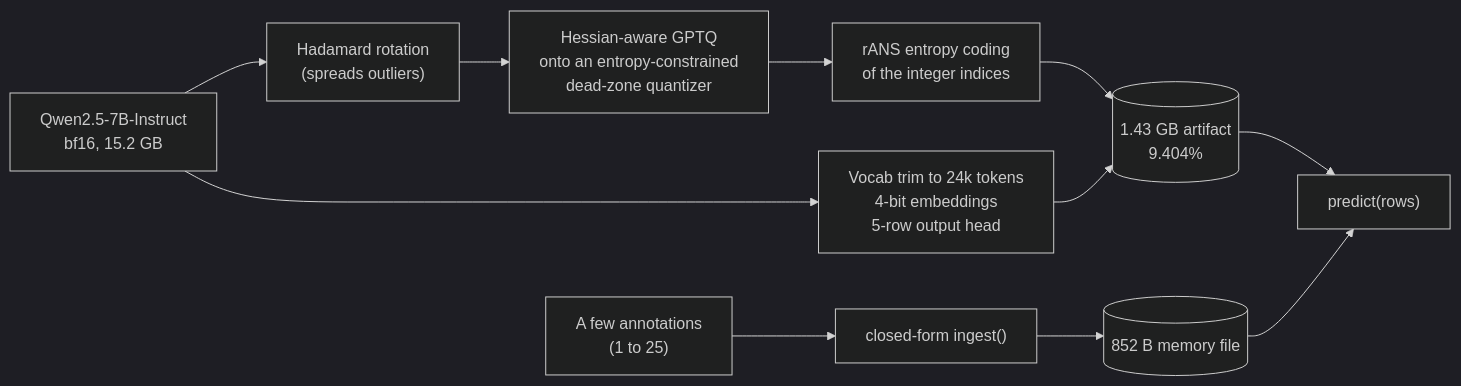
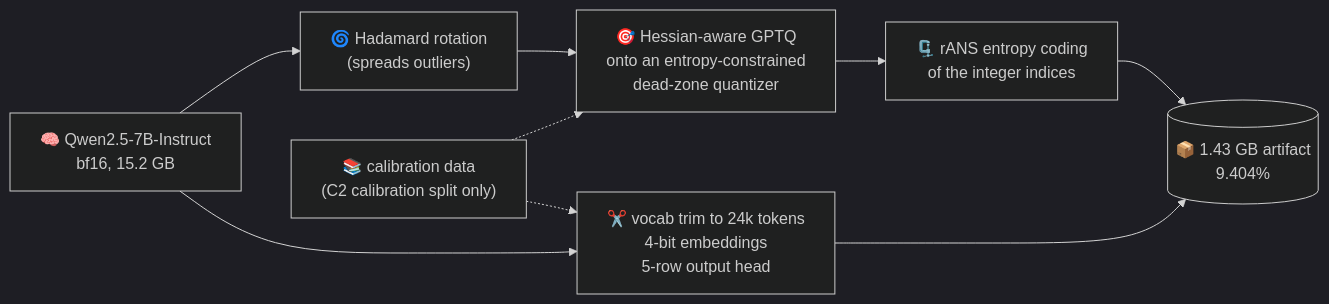
One commit to Bobliuuu/ten-percent-challenge changed the first of 5 diagrams in README.md. Above: the diagram before and after it, drawn with Mermaid (dark theme). The commit also changed other lines of this file and 8 other files, not shown here.

Commit message:
docs: README with architecture diagrams and charts; drop non-violation concerns from proof

````diff
--- a/README.md
+++ b/README.md
@@ -36,12 +47,11 @@
 ```mermaid
 flowchart LR
-    A["Qwen2.5-7B-Instruct<br/>bf16, 15.2 GB"] --> B["Hadamard rotation<br/>(spreads outliers)"]
-    B --> C["Hessian-aware GPTQ<br/>onto an entropy-constrained<br/>dead-zone quantizer"]
-    C --> D["rANS entropy coding<br/>of the integer indices"]
-    A --> E["Vocab trim to 24k tokens<br/>4-bit embeddings<br/>5-row output head"]
-    D --> F[("1.43 GB artifact<br/>9.404%")]
+    A["🧠 Qwen2.5-7B-Instruct<br/>bf16, 15.2 GB"] --> B["🌀 Hadamard rotation<br/>(spreads outliers)"]
+    B --> C["🎯 Hessian-aware GPTQ<br/>onto an entropy-constrained<br/>dead-zone quantizer"]
+    C --> D["🗜️ rANS entropy coding<br/>of the integer indices"]
+    A --> E["✂️ vocab trim to 24k tokens<br/>4-bit embeddings<br/>5-row output head"]
+    D --> F[("📦 1.43 GB artifact<br/>9.404%")]
     E --> F
-    G["A few annotations<br/>(1 to 25)"] --> H["closed-form ingest()"] --> I[("852 B memory file")]
-    F --> J["predict(rows)"]
-    I --> J
+    CAL["📚 calibration data<br/>(C2 calibration split only)"] -.-> C
+    CAL -.-> E
 ```
````
